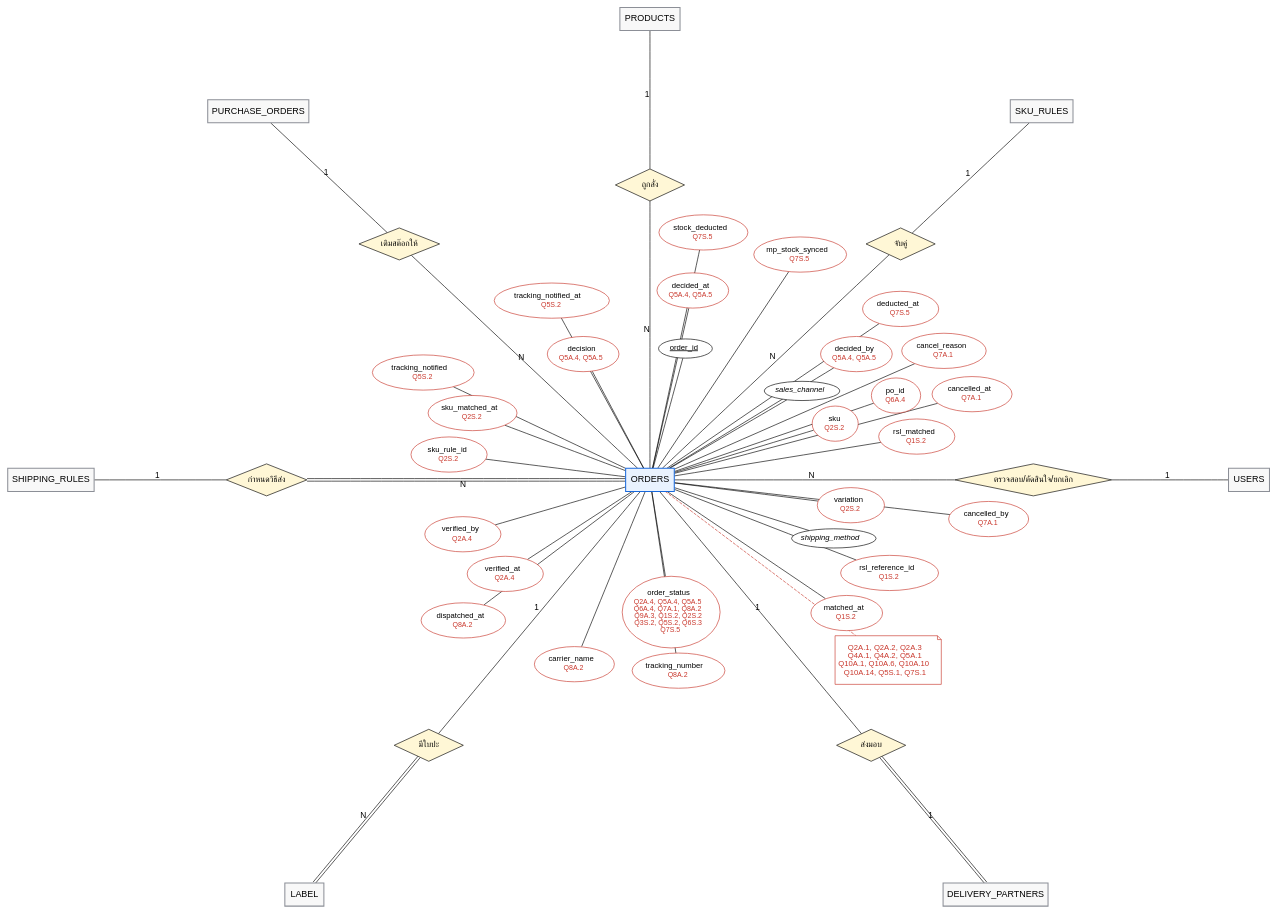
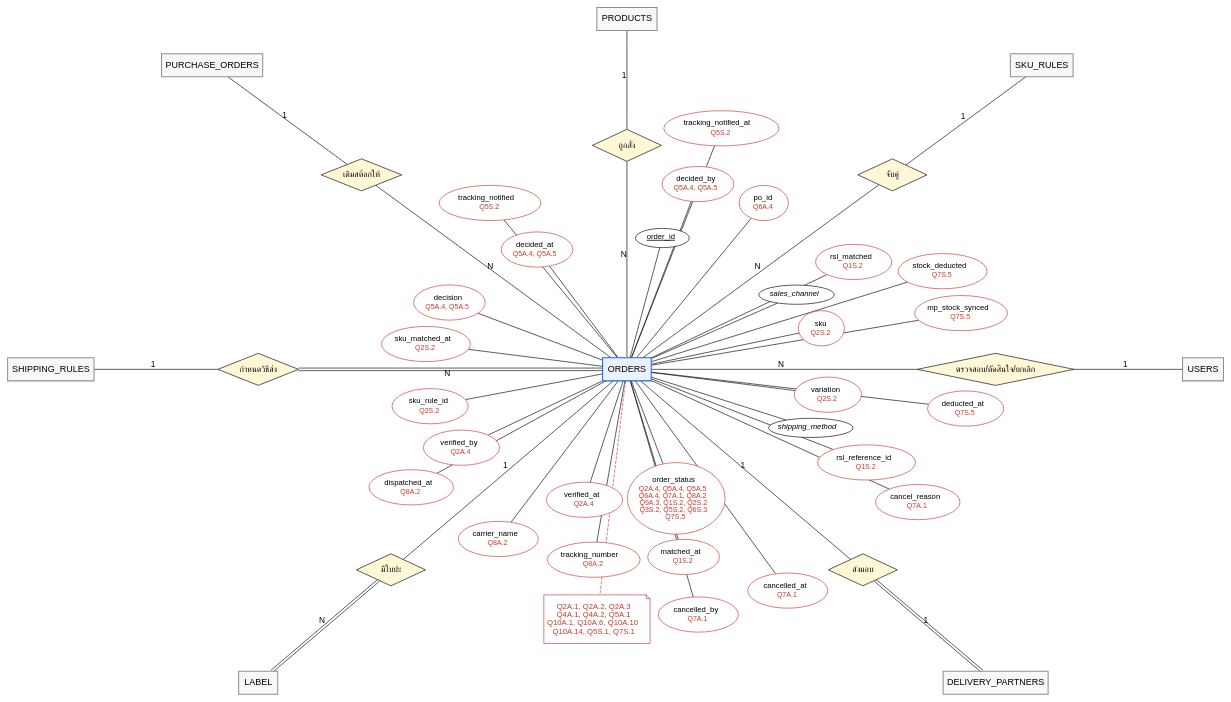
The diagram in 04-chapter2-diagrams-database/diagrams/src/er-query-1.dot (xbpkdi/321-sa-proj), drawn with Graphviz before and after one commit. The commit also changed 32 other files, not shown here.

Commit message:
docs: split class diagrams into smaller groups and tighten orders er

```diff
--- a/04-chapter2-diagrams-database/diagrams/src/er-query-1.dot
+++ b/04-chapter2-diagrams-database/diagrams/src/er-query-1.dot
@@ -1,91 +1,91 @@
 graph ER {
   layout=neato; overlap=true; splines=line; outputorder=edgesfirst;
   node [fontname="Helvetica", fontsize=14]; edge [fontname="Helvetica", fontsize=13];
-  "rel0" [pos="0.00,6.40!", shape=diamond, style=filled, fillcolor="#fff7d6", label="ถูกสั่ง", fontsize=13, fixedsize=true, width=1.50, height=0.7];
+  "rel0" [pos="0.00,4.86!", shape=diamond, style=filled, fillcolor="#fff7d6", label="ถูกสั่ง", fontsize=13, fixedsize=true, width=1.50, height=0.7];
   "products" -- "rel0" [label="1"];
   "rel0" -- "orders" [label="N"];
-  "rel1" [pos="5.44,5.12!", shape=diamond, style=filled, fillcolor="#fff7d6", label="จับคู่", fontsize=13, fixedsize=true, width=1.50, height=0.7];
+  "rel1" [pos="5.76,4.22!", shape=diamond, style=filled, fillcolor="#fff7d6", label="จับคู่", fontsize=13, fixedsize=true, width=1.50, height=0.7];
   "sku_rules" -- "rel1" [label="1"];
   "rel1" -- "orders" [label="N"];
-  "rel2" [pos="-5.44,5.12!", shape=diamond, style=filled, fillcolor="#fff7d6", label="เติมสต๊อกให้", fontsize=13, fixedsize=true, width=1.75, height=0.7];
+  "rel2" [pos="-5.76,4.22!", shape=diamond, style=filled, fillcolor="#fff7d6", label="เติมสต๊อกให้", fontsize=13, fixedsize=true, width=1.75, height=0.7];
   "purchase_orders" -- "rel2" [label="1"];
   "rel2" -- "orders" [label="N"];
-  "rel3" [pos="-8.32,0.00!", shape=diamond, style=filled, fillcolor="#fff7d6", label="กำหนดวิธีส่ง", fontsize=13, fixedsize=true, width=1.75, height=0.7];
+  "rel3" [pos="-8.00,0.00!", shape=diamond, style=filled, fillcolor="#fff7d6", label="กำหนดวิธีส่ง", fontsize=13, fixedsize=true, width=1.75, height=0.7];
   "shipping_rules" -- "rel3" [label="1"];
   "rel3" -- "orders" [label="N", color="black:invis:black"];
-  "rel4" [pos="8.32,0.00!", shape=diamond, style=filled, fillcolor="#fff7d6", label="ตรวจสอบ/ตัดสินใจ/ยกเลิก", fontsize=13, fixedsize=true, width=3.40, height=0.7];
+  "rel4" [pos="8.00,0.00!", shape=diamond, style=filled, fillcolor="#fff7d6", label="ตรวจสอบ/ตัดสินใจ/ยกเลิก", fontsize=13, fixedsize=true, width=3.40, height=0.7];
   "users" -- "rel4" [label="1"];
   "rel4" -- "orders" [label="N"];
-  "rel5" [pos="-4.80,-5.76!", shape=diamond, style=filled, fillcolor="#fff7d6", label="มีใบปะ", fontsize=13, fixedsize=true, width=1.50, height=0.7];
+  "rel5" [pos="-5.12,-4.35!", shape=diamond, style=filled, fillcolor="#fff7d6", label="มีใบปะ", fontsize=13, fixedsize=true, width=1.50, height=0.7];
   "orders" -- "rel5" [label="1"];
   "rel5" -- "label" [label="N", color="black:invis:black"];
-  "rel6" [pos="4.80,-5.76!", shape=diamond, style=filled, fillcolor="#fff7d6", label="ส่งมอบ", fontsize=13, fixedsize=true, width=1.50, height=0.7];
+  "rel6" [pos="5.12,-4.35!", shape=diamond, style=filled, fillcolor="#fff7d6", label="ส่งมอบ", fontsize=13, fixedsize=true, width=1.50, height=0.7];
   "orders" -- "rel6" [label="1"];
   "rel6" -- "delivery_partners" [label="1", color="black:invis:black"];
-  "users" [pos="13.00,0.00!", shape=box, style="filled", fillcolor="#f8f8f8", color="#8c8f97", penwidth=1.6, label="USERS"];
-  "products" [pos="0.00,10.00!", shape=box, style="filled", fillcolor="#f8f8f8", color="#8c8f97", penwidth=1.6, label="PRODUCTS"];
-  "sku_rules" [pos="8.50,8.00!", shape=box, style="filled", fillcolor="#f8f8f8", color="#8c8f97", penwidth=1.6, label="SKU_RULES"];
-  "purchase_orders" [pos="-8.50,8.00!", shape=box, style="filled", fillcolor="#f8f8f8", color="#8c8f97", penwidth=1.6, label="PURCHASE_ORDERS"];
-  "shipping_rules" [pos="-13.00,0.00!", shape=box, style="filled", fillcolor="#f8f8f8", color="#8c8f97", penwidth=1.6, label="SHIPPING_RULES"];
+  "users" [pos="12.50,0.00!", shape=box, style="filled", fillcolor="#f8f8f8", color="#8c8f97", penwidth=1.6, label="USERS"];
+  "products" [pos="0.00,7.60!", shape=box, style="filled", fillcolor="#f8f8f8", color="#8c8f97", penwidth=1.6, label="PRODUCTS"];
+  "sku_rules" [pos="9.00,6.60!", shape=box, style="filled", fillcolor="#f8f8f8", color="#8c8f97", penwidth=1.6, label="SKU_RULES"];
+  "purchase_orders" [pos="-9.00,6.60!", shape=box, style="filled", fillcolor="#f8f8f8", color="#8c8f97", penwidth=1.6, label="PURCHASE_ORDERS"];
+  "shipping_rules" [pos="-12.50,0.00!", shape=box, style="filled", fillcolor="#f8f8f8", color="#8c8f97", penwidth=1.6, label="SHIPPING_RULES"];
   "orders" [pos="0.00,0.00!", shape=box, style="filled", fillcolor="#e9f2fe", color="#1868db", penwidth=1.6, label="ORDERS"];
   "orders.order_id" [pos="0.77,2.85!", shape=ellipse, style=filled, fillcolor=white, label=<<u>order_id</u>>, fontsize=12, fixedsize=true, width=1.16, height=0.42];
   "orders" -- "orders.order_id";
-  "orders.sales_channel" [pos="3.30,1.93!", shape=ellipse, style=filled, fillcolor=white, label=<<i>sales_channel</i>>, fontsize=12, fixedsize=true, width=1.64, height=0.42];
+  "orders.sales_channel" [pos="3.68,1.62!", shape=ellipse, style=filled, fillcolor=white, label=<<i>sales_channel</i>>, fontsize=12, fixedsize=true, width=1.64, height=0.42];
   "orders" -- "orders.sales_channel";
-  "orders.sku" [pos="4.02,1.22!", shape=ellipse, style=filled, fillcolor=white, label=<sku<br/><font point-size="3"> </font><br/><font color="#c9372c" point-size="11">Q2S.2</font>>, fontsize=12, fixedsize=true, width=1.00, height=0.76, color="#c9372c"];
+  "orders.sku" [pos="4.22,0.89!", shape=ellipse, style=filled, fillcolor=white, label=<sku<br/><font point-size="3"> </font><br/><font color="#c9372c" point-size="11">Q2S.2</font>>, fontsize=12, fixedsize=true, width=1.00, height=0.76, color="#c9372c"];
   "orders" -- "orders.sku";
   "orders.variation" [pos="4.36,-0.55!", shape=ellipse, style=filled, fillcolor=white, label=<variation<br/><font point-size="3"> </font><br/><font color="#c9372c" point-size="11">Q2S.2</font>>, fontsize=12, fixedsize=true, width=1.46, height=0.76, color="#c9372c"];
   "orders" -- "orders.variation";
   "orders.shipping_method" [pos="3.99,-1.27!", shape=ellipse, style=filled, fillcolor=white, label=<<i>shipping_method</i>>, fontsize=12, fixedsize=true, width=1.83, height=0.42];
   "orders" -- "orders.shipping_method";
-  "orders.order_status" [pos="0.46,-2.87!", shape=ellipse, style=filled, fillcolor=white, label=<order_status<br/><font point-size="3"> </font><br/><font color="#c9372c" point-size="11">Q2A.4, Q5A.4, Q5A.5<br/>Q6A.4, Q7A.1, Q8A.2<br/>Q9A.3, Q1S.2, Q2S.2<br/>Q3S.2, Q5S.2, Q6S.3<br/>Q7S.5</font>>, fontsize=12, fixedsize=true, width=2.12, height=1.56, color="#c9372c"];
+  "orders.order_status" [pos="1.07,-2.80!", shape=ellipse, style=filled, fillcolor=white, label=<order_status<br/><font point-size="3"> </font><br/><font color="#c9372c" point-size="11">Q2A.4, Q5A.4, Q5A.5<br/>Q6A.4, Q7A.1, Q8A.2<br/>Q9A.3, Q1S.2, Q2S.2<br/>Q3S.2, Q5S.2, Q6S.3<br/>Q7S.5</font>>, fontsize=12, fixedsize=true, width=2.12, height=1.56, color="#c9372c"];
   "orders" -- "orders.order_status";
-  "orders.verified_at" [pos="-3.14,-2.04!", shape=ellipse, style=filled, fillcolor=white, label=<verified_at<br/><font point-size="3"> </font><br/><font color="#c9372c" point-size="11">Q2A.4</font>>, fontsize=12, fixedsize=true, width=1.65, height=0.76, color="#c9372c"];
+  "orders.verified_at" [pos="-0.92,-2.83!", shape=ellipse, style=filled, fillcolor=white, label=<verified_at<br/><font point-size="3"> </font><br/><font color="#c9372c" point-size="11">Q2A.4</font>>, fontsize=12, fixedsize=true, width=1.65, height=0.76, color="#c9372c"];
   "orders" -- "orders.verified_at";
-  "orders.verified_by" [pos="-4.06,-1.18!", shape=ellipse, style=filled, fillcolor=white, label=<verified_by<br/><font point-size="3"> </font><br/><font color="#c9372c" point-size="11">Q2A.4</font>>, fontsize=12, fixedsize=true, width=1.65, height=0.76, color="#c9372c"];
+  "orders.verified_by" [pos="-3.59,-1.70!", shape=ellipse, style=filled, fillcolor=white, label=<verified_by<br/><font point-size="3"> </font><br/><font color="#c9372c" point-size="11">Q2A.4</font>>, fontsize=12, fixedsize=true, width=1.65, height=0.76, color="#c9372c"];
   "orders" -- "orders.verified_by";
-  "orders.sku_rule_id" [pos="-4.36,0.55!", shape=ellipse, style=filled, fillcolor=white, label=<sku_rule_id<br/><font point-size="3"> </font><br/><font color="#c9372c" point-size="11">Q2S.2</font>>, fontsize=12, fixedsize=true, width=1.65, height=0.76, color="#c9372c"];
+  "orders.sku_rule_id" [pos="-4.27,-0.80!", shape=ellipse, style=filled, fillcolor=white, label=<sku_rule_id<br/><font point-size="3"> </font><br/><font color="#c9372c" point-size="11">Q2S.2</font>>, fontsize=12, fixedsize=true, width=1.65, height=0.76, color="#c9372c"];
   "orders" -- "orders.sku_rule_id";
-  "orders.sku_matched_at" [pos="-3.85,1.45!", shape=ellipse, style=filled, fillcolor=white, label=<sku_matched_at<br/><font point-size="3"> </font><br/><font color="#c9372c" point-size="11">Q2S.2</font>>, fontsize=12, fixedsize=true, width=1.93, height=0.76, color="#c9372c"];
+  "orders.sku_matched_at" [pos="-4.36,0.55!", shape=ellipse, style=filled, fillcolor=white, label=<sku_matched_at<br/><font point-size="3"> </font><br/><font color="#c9372c" point-size="11">Q2S.2</font>>, fontsize=12, fixedsize=true, width=1.93, height=0.76, color="#c9372c"];
   "orders" -- "orders.sku_matched_at";
-  "orders.decision" [pos="-1.45,2.73!", shape=ellipse, style=filled, fillcolor=white, label=<decision<br/><font point-size="3"> </font><br/><font color="#c9372c" point-size="11">Q5A.4, Q5A.5</font>>, fontsize=12, fixedsize=true, width=1.56, height=0.76, color="#c9372c"];
+  "orders.decision" [pos="-3.85,1.45!", shape=ellipse, style=filled, fillcolor=white, label=<decision<br/><font point-size="3"> </font><br/><font color="#c9372c" point-size="11">Q5A.4, Q5A.5</font>>, fontsize=12, fixedsize=true, width=1.56, height=0.76, color="#c9372c"];
   "orders" -- "orders.decision";
-  "orders.decided_at" [pos="0.93,4.11!", shape=ellipse, style=filled, fillcolor=white, label=<decided_at<br/><font point-size="3"> </font><br/><font color="#c9372c" point-size="11">Q5A.4, Q5A.5</font>>, fontsize=12, fixedsize=true, width=1.56, height=0.76, color="#c9372c"];
+  "orders.decided_at" [pos="-1.95,2.60!", shape=ellipse, style=filled, fillcolor=white, label=<decided_at<br/><font point-size="3"> </font><br/><font color="#c9372c" point-size="11">Q5A.4, Q5A.5</font>>, fontsize=12, fixedsize=true, width=1.56, height=0.76, color="#c9372c"];
   "orders" -- "orders.decided_at";
-  "orders.decided_by" [pos="4.48,2.73!", shape=ellipse, style=filled, fillcolor=white, label=<decided_by<br/><font point-size="3"> </font><br/><font color="#c9372c" point-size="11">Q5A.4, Q5A.5</font>>, fontsize=12, fixedsize=true, width=1.56, height=0.76, color="#c9372c"];
+  "orders.decided_by" [pos="1.54,4.02!", shape=ellipse, style=filled, fillcolor=white, label=<decided_by<br/><font point-size="3"> </font><br/><font color="#c9372c" point-size="11">Q5A.4, Q5A.5</font>>, fontsize=12, fixedsize=true, width=1.56, height=0.76, color="#c9372c"];
   "orders" -- "orders.decided_by";
-  "orders.po_id" [pos="5.34,1.83!", shape=ellipse, style=filled, fillcolor=white, label=<po_id<br/><font point-size="3"> </font><br/><font color="#c9372c" point-size="11">Q6A.4</font>>, fontsize=12, fixedsize=true, width=1.07, height=0.76, color="#c9372c"];
+  "orders.po_id" [pos="2.97,3.61!", shape=ellipse, style=filled, fillcolor=white, label=<po_id<br/><font point-size="3"> </font><br/><font color="#c9372c" point-size="11">Q6A.4</font>>, fontsize=12, fixedsize=true, width=1.07, height=0.76, color="#c9372c"];
   "orders" -- "orders.po_id";
-  "orders.rsl_matched" [pos="5.79,0.94!", shape=ellipse, style=filled, fillcolor=white, label=<rsl_matched<br/><font point-size="3"> </font><br/><font color="#c9372c" point-size="11">Q1S.2</font>>, fontsize=12, fixedsize=true, width=1.65, height=0.76, color="#c9372c"];
+  "orders.rsl_matched" [pos="4.92,2.33!", shape=ellipse, style=filled, fillcolor=white, label=<rsl_matched<br/><font point-size="3"> </font><br/><font color="#c9372c" point-size="11">Q1S.2</font>>, fontsize=12, fixedsize=true, width=1.65, height=0.76, color="#c9372c"];
   "orders" -- "orders.rsl_matched";
   "orders.rsl_reference_id" [pos="5.20,-2.02!", shape=ellipse, style=filled, fillcolor=white, label=<rsl_reference_id<br/><font point-size="3"> </font><br/><font color="#c9372c" point-size="11">Q1S.2</font>>, fontsize=12, fixedsize=true, width=2.12, height=0.76, color="#c9372c"];
   "orders" -- "orders.rsl_reference_id";
-  "orders.matched_at" [pos="4.27,-2.89!", shape=ellipse, style=filled, fillcolor=white, label=<matched_at<br/><font point-size="3"> </font><br/><font color="#c9372c" point-size="11">Q1S.2</font>>, fontsize=12, fixedsize=true, width=1.55, height=0.76, color="#c9372c"];
+  "orders.matched_at" [pos="1.23,-4.07!", shape=ellipse, style=filled, fillcolor=white, label=<matched_at<br/><font point-size="3"> </font><br/><font color="#c9372c" point-size="11">Q1S.2</font>>, fontsize=12, fixedsize=true, width=1.55, height=0.76, color="#c9372c"];
   "orders" -- "orders.matched_at";
-  "orders.tracking_number" [pos="0.62,-4.14!", shape=ellipse, style=filled, fillcolor=white, label=<tracking_number<br/><font point-size="3"> </font><br/><font color="#c9372c" point-size="11">Q8A.2</font>>, fontsize=12, fixedsize=true, width=2.02, height=0.76, color="#c9372c"];
+  "orders.tracking_number" [pos="-0.72,-4.13!", shape=ellipse, style=filled, fillcolor=white, label=<tracking_number<br/><font point-size="3"> </font><br/><font color="#c9372c" point-size="11">Q8A.2</font>>, fontsize=12, fixedsize=true, width=2.02, height=0.76, color="#c9372c"];
   "orders" -- "orders.tracking_number";
-  "orders.carrier_name" [pos="-1.64,-4.00!", shape=ellipse, style=filled, fillcolor=white, label=<carrier_name<br/><font point-size="3"> </font><br/><font color="#c9372c" point-size="11">Q8A.2</font>>, fontsize=12, fixedsize=true, width=1.74, height=0.76, color="#c9372c"];
+  "orders.carrier_name" [pos="-2.79,-3.68!", shape=ellipse, style=filled, fillcolor=white, label=<carrier_name<br/><font point-size="3"> </font><br/><font color="#c9372c" point-size="11">Q8A.2</font>>, fontsize=12, fixedsize=true, width=1.74, height=0.76, color="#c9372c"];
   "orders" -- "orders.carrier_name";
-  "orders.dispatched_at" [pos="-4.05,-3.05!", shape=ellipse, style=filled, fillcolor=white, label=<dispatched_at<br/><font point-size="3"> </font><br/><font color="#c9372c" point-size="11">Q8A.2</font>>, fontsize=12, fixedsize=true, width=1.83, height=0.76, color="#c9372c"];
+  "orders.dispatched_at" [pos="-4.68,-2.56!", shape=ellipse, style=filled, fillcolor=white, label=<dispatched_at<br/><font point-size="3"> </font><br/><font color="#c9372c" point-size="11">Q8A.2</font>>, fontsize=12, fixedsize=true, width=1.83, height=0.76, color="#c9372c"];
   "orders" -- "orders.dispatched_at";
-  "orders.tracking_notified" [pos="-4.92,2.33!", shape=ellipse, style=filled, fillcolor=white, label=<tracking_notified<br/><font point-size="3"> </font><br/><font color="#c9372c" point-size="11">Q5S.2</font>>, fontsize=12, fixedsize=true, width=2.21, height=0.76, color="#c9372c"];
+  "orders.tracking_notified" [pos="-2.97,3.61!", shape=ellipse, style=filled, fillcolor=white, label=<tracking_notified<br/><font point-size="3"> </font><br/><font color="#c9372c" point-size="11">Q5S.2</font>>, fontsize=12, fixedsize=true, width=2.21, height=0.76, color="#c9372c"];
   "orders" -- "orders.tracking_notified";
-  "orders.tracking_notified_at" [pos="-2.13,3.89!", shape=ellipse, style=filled, fillcolor=white, label=<tracking_notified_at<br/><font point-size="3"> </font><br/><font color="#c9372c" point-size="11">Q5S.2</font>>, fontsize=12, fixedsize=true, width=2.50, height=0.76, color="#c9372c"];
+  "orders.tracking_notified_at" [pos="2.05,5.23!", shape=ellipse, style=filled, fillcolor=white, label=<tracking_notified_at<br/><font point-size="3"> </font><br/><font color="#c9372c" point-size="11">Q5S.2</font>>, fontsize=12, fixedsize=true, width=2.50, height=0.76, color="#c9372c"];
   "orders" -- "orders.tracking_notified_at";
-  "orders.stock_deducted" [pos="1.16,5.37!", shape=ellipse, style=filled, fillcolor=white, label=<stock_deducted<br/><font point-size="3"> </font><br/><font color="#c9372c" point-size="11">Q7S.5</font>>, fontsize=12, fixedsize=true, width=1.93, height=0.76, color="#c9372c"];
+  "orders.stock_deducted" [pos="6.85,2.13!", shape=ellipse, style=filled, fillcolor=white, label=<stock_deducted<br/><font point-size="3"> </font><br/><font color="#c9372c" point-size="11">Q7S.5</font>>, fontsize=12, fixedsize=true, width=1.93, height=0.76, color="#c9372c"];
   "orders" -- "orders.stock_deducted";
-  "orders.mp_stock_synced" [pos="3.26,4.89!", shape=ellipse, style=filled, fillcolor=white, label=<mp_stock_synced<br/><font point-size="3"> </font><br/><font color="#c9372c" point-size="11">Q7S.5</font>>, fontsize=12, fixedsize=true, width=2.02, height=0.76, color="#c9372c"];
+  "orders.mp_stock_synced" [pos="7.25,1.22!", shape=ellipse, style=filled, fillcolor=white, label=<mp_stock_synced<br/><font point-size="3"> </font><br/><font color="#c9372c" point-size="11">Q7S.5</font>>, fontsize=12, fixedsize=true, width=2.02, height=0.76, color="#c9372c"];
   "orders" -- "orders.mp_stock_synced";
-  "orders.deducted_at" [pos="5.44,3.71!", shape=ellipse, style=filled, fillcolor=white, label=<deducted_at<br/><font point-size="3"> </font><br/><font color="#c9372c" point-size="11">Q7S.5</font>>, fontsize=12, fixedsize=true, width=1.65, height=0.76, color="#c9372c"];
+  "orders.deducted_at" [pos="7.35,-0.85!", shape=ellipse, style=filled, fillcolor=white, label=<deducted_at<br/><font point-size="3"> </font><br/><font color="#c9372c" point-size="11">Q7S.5</font>>, fontsize=12, fixedsize=true, width=1.65, height=0.76, color="#c9372c"];
   "orders" -- "orders.deducted_at";
-  "orders.cancel_reason" [pos="6.38,2.80!", shape=ellipse, style=filled, fillcolor=white, label=<cancel_reason<br/><font point-size="3"> </font><br/><font color="#c9372c" point-size="11">Q7A.1</font>>, fontsize=12, fixedsize=true, width=1.83, height=0.76, color="#c9372c"];
+  "orders.cancel_reason" [pos="6.31,-2.88!", shape=ellipse, style=filled, fillcolor=white, label=<cancel_reason<br/><font point-size="3"> </font><br/><font color="#c9372c" point-size="11">Q7A.1</font>>, fontsize=12, fixedsize=true, width=1.83, height=0.76, color="#c9372c"];
   "orders" -- "orders.cancel_reason";
-  "orders.cancelled_at" [pos="6.99,1.86!", shape=ellipse, style=filled, fillcolor=white, label=<cancelled_at<br/><font point-size="3"> </font><br/><font color="#c9372c" point-size="11">Q7A.1</font>>, fontsize=12, fixedsize=true, width=1.74, height=0.76, color="#c9372c"];
+  "orders.cancelled_at" [pos="3.49,-4.80!", shape=ellipse, style=filled, fillcolor=white, label=<cancelled_at<br/><font point-size="3"> </font><br/><font color="#c9372c" point-size="11">Q7A.1</font>>, fontsize=12, fixedsize=true, width=1.74, height=0.76, color="#c9372c"];
   "orders" -- "orders.cancelled_at";
-  "orders.cancelled_by" [pos="7.35,-0.85!", shape=ellipse, style=filled, fillcolor=white, label=<cancelled_by<br/><font point-size="3"> </font><br/><font color="#c9372c" point-size="11">Q7A.1</font>>, fontsize=12, fixedsize=true, width=1.74, height=0.76, color="#c9372c"];
+  "orders.cancelled_by" [pos="1.55,-5.32!", shape=ellipse, style=filled, fillcolor=white, label=<cancelled_by<br/><font point-size="3"> </font><br/><font color="#c9372c" point-size="11">Q7A.1</font>>, fontsize=12, fixedsize=true, width=1.74, height=0.76, color="#c9372c"];
   "orders" -- "orders.cancelled_by";
-  "orders.__q" [pos="5.17,-3.91!", shape=note, color="#c9372c", fontcolor="#c9372c", fontsize=12, fixedsize=true, width=2.31, height=1.05, style=filled, fillcolor=white, label=<Q2A.1, Q2A.2, Q2A.3<br/>Q4A.1, Q4A.2, Q5A.1<br/>Q10A.1, Q10A.6, Q10A.10<br/>Q10A.14, Q5S.1, Q7S.1>];
+  "orders.__q" [pos="-0.65,-5.42!", shape=note, color="#c9372c", fontcolor="#c9372c", fontsize=12, fixedsize=true, width=2.31, height=1.05, style=filled, fillcolor=white, label=<Q2A.1, Q2A.2, Q2A.3<br/>Q4A.1, Q4A.2, Q5A.1<br/>Q10A.1, Q10A.6, Q10A.10<br/>Q10A.14, Q5S.1, Q7S.1>];
   "orders" -- "orders.__q" [style=dashed, color="#c9372c"];
-  "label" [pos="-7.50,-9.00!", shape=box, style="filled", fillcolor="#f8f8f8", color="#8c8f97", penwidth=1.6, label="LABEL"];
-  "delivery_partners" [pos="7.50,-9.00!", shape=box, style="filled", fillcolor="#f8f8f8", color="#8c8f97", penwidth=1.6, label="DELIVERY_PARTNERS"];
+  "label" [pos="-8.00,-6.80!", shape=box, style="filled", fillcolor="#f8f8f8", color="#8c8f97", penwidth=1.6, label="LABEL"];
+  "delivery_partners" [pos="8.00,-6.80!", shape=box, style="filled", fillcolor="#f8f8f8", color="#8c8f97", penwidth=1.6, label="DELIVERY_PARTNERS"];
 }
```
